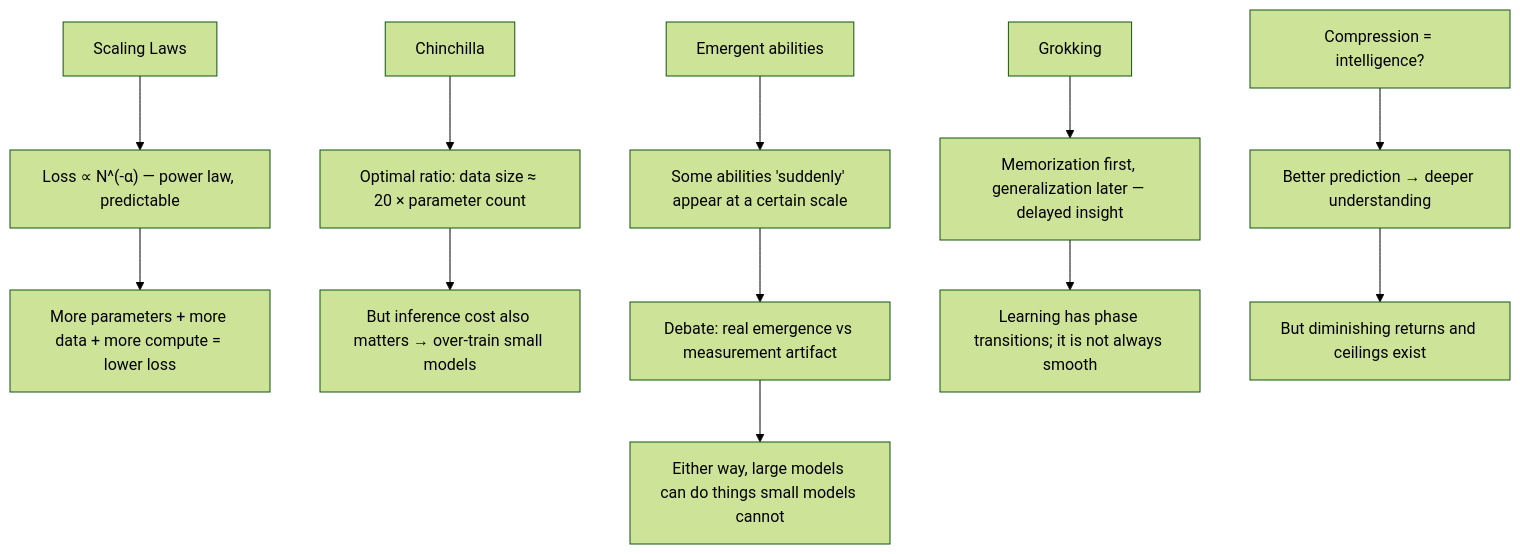
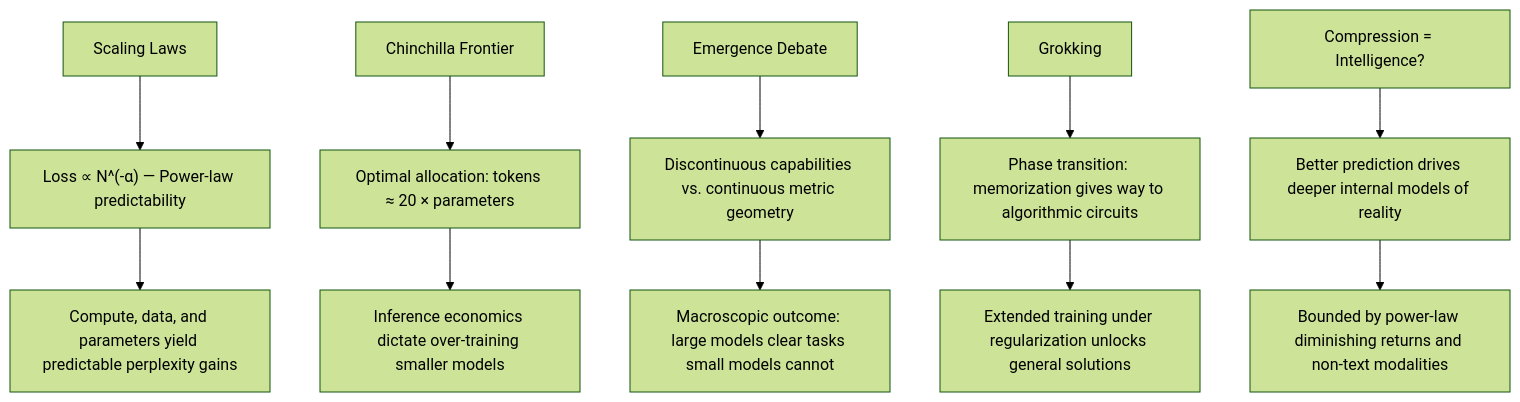
One commit to yingwang/thinking-in-llm changed the fourth of 4 diagrams in en/chapters/03-scaling.md. Above: the diagram before and after it, drawn with Mermaid (forest theme). The commit also changed other lines of this file and 31 other files, not shown here.

````diff
--- a/en/chapters/03-scaling.md
+++ b/en/chapters/03-scaling.md
@@ -411,18 +406,17 @@
 ```mermaid
 graph TB
-    A["Scaling Laws"] --> B["Loss ∝ N^(-α) — power law, predictable"]
-    B --> C["More parameters + more data + more compute = lower loss"]
+    A["Scaling Laws"] --> B["Loss ∝ N^(-α) — Power-law predictability"]
+    B --> C["Compute, data, and parameters yield predictable perplexity gains"]
 
-    D["Chinchilla"] --> E["Optimal ratio: data size ≈ 20 × parameter count"]
-    E --> F["But inference cost also matters → over-train small models"]
+    D["Chinchilla Frontier"] --> E["Optimal allocation: tokens ≈ 20 × parameters"]
+    E --> F["Inference economics dictate over-training smaller models"]
 
-    G["Emergent abilities"] --> H["Some abilities 'suddenly' appear at a certain scale"]
-    H --> I["Debate: real emergence vs measurement artifact"]
-    I --> J["Either way, large models can do things small models cannot"]
+    G["Emergence Debate"] --> H["Discontinuous capabilities vs. continuous metric geometry"]
+    H --> J["Macroscopic outcome: large models clear tasks small models cannot"]
 
-    K["Grokking"] --> L["Memorization first, generalization later — delayed insight"]
-    L --> M["Learning has phase transitions; it is not always smooth"]
+    K["Grokking"] --> L["Phase transition: memorization gives way to algorithmic circuits"]
+    L --> M["Extended training under regularization unlocks general solutions"]
 
-    N["Compression = intelligence?"] --> O["Better prediction → deeper understanding"]
-    O --> P["But diminishing returns and ceilings exist"]
+    N["Compression = Intelligence?"] --> O["Better prediction drives deeper internal models of reality"]
+    O --> P["Bounded by power-law diminishing returns and non-text modalities"]
 ```
````
